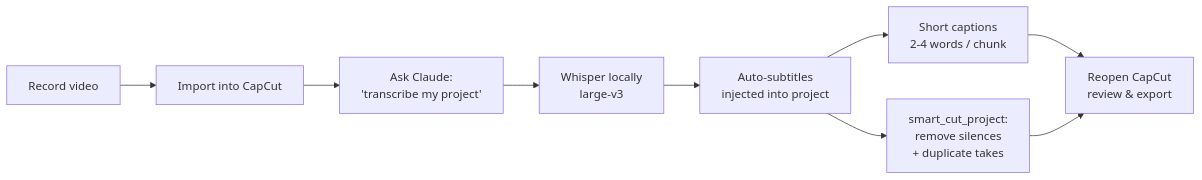
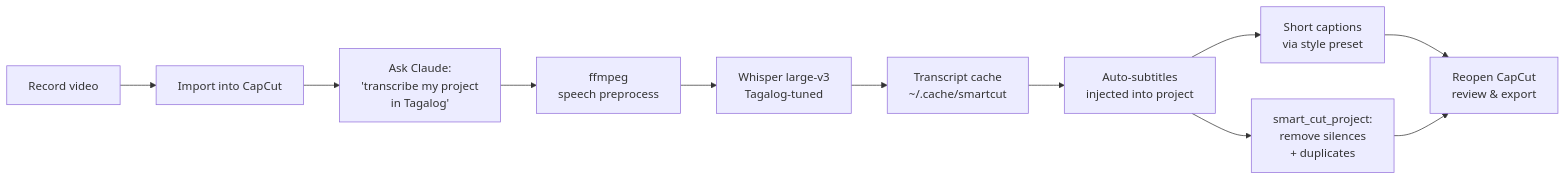
One commit to rollenasistores/capcut-auto-caption changed the diagram in README.md. Above: the diagram before and after it, drawn with Mermaid. The commit also changed other lines of this file and 6 other files, not shown here.

````diff
--- a/README.md
+++ b/README.md
@@ -43,11 +50,13 @@
 ```mermaid
 flowchart LR
     A[Record video] --> B[Import into CapCut]
-    B --> C[Ask Claude:<br/>'transcribe my project']
-    C --> D[Whisper locally<br/>large-v3]
-    D --> E[Auto-subtitles<br/>injected into project]
-    E --> F[Short captions<br/>2-4 words / chunk]
-    E --> G[smart_cut_project:<br/>remove silences<br/>+ duplicate takes]
-    F --> H[Reopen CapCut<br/>review & export]
-    G --> H
+    B --> C[Ask Claude:<br/>'transcribe my project<br/>in Tagalog']
+    C --> D[ffmpeg<br/>speech preprocess]
+    D --> E[Whisper large-v3<br/>Tagalog-tuned]
+    E --> F[Transcript cache<br/>~/.cache/smartcut]
+    F --> G[Auto-subtitles<br/>injected into project]
+    G --> H[Short captions<br/>via style preset]
+    G --> I[smart_cut_project:<br/>remove silences<br/>+ duplicates]
+    H --> J[Reopen CapCut<br/>review & export]
+    I --> J
 ```
````
